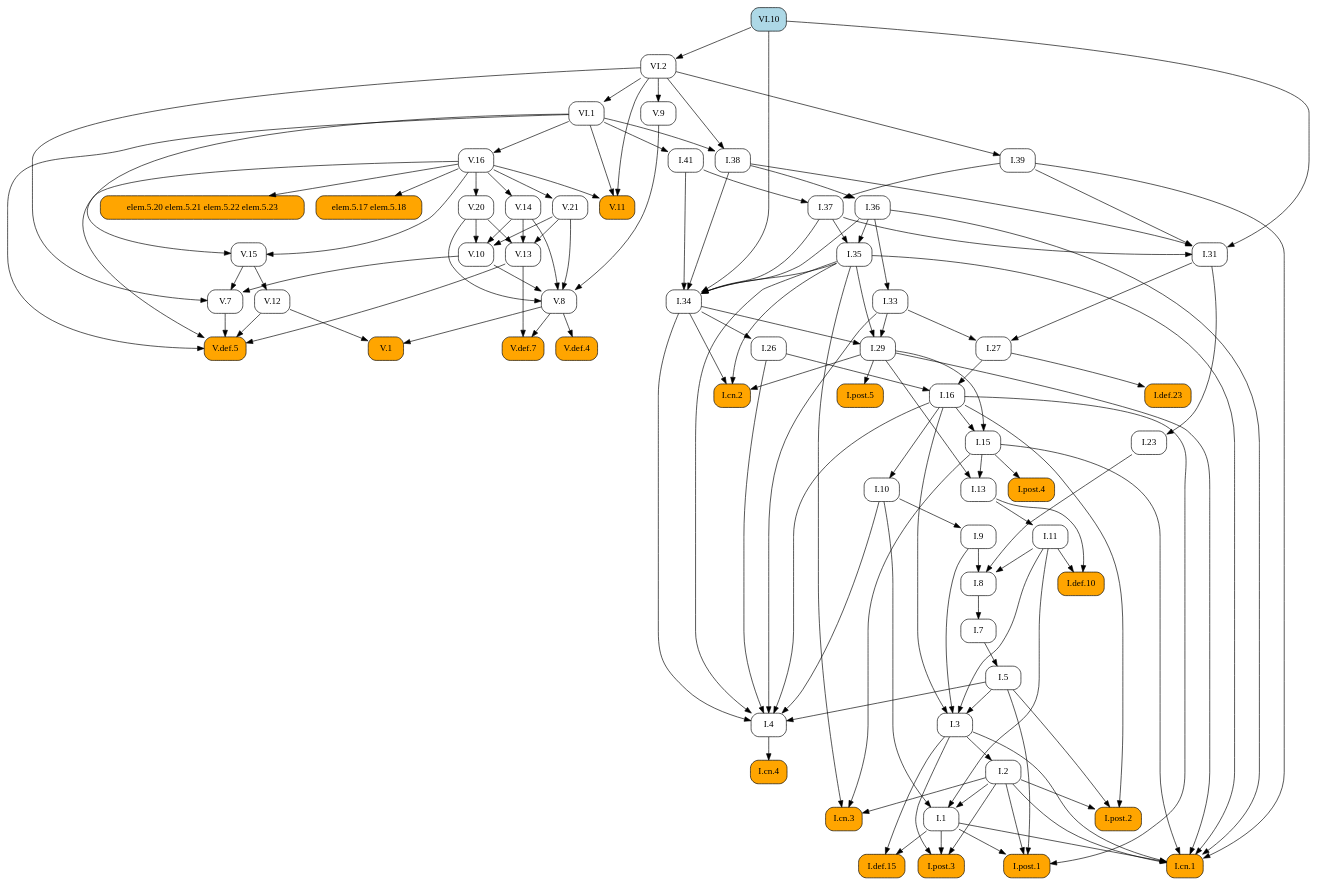
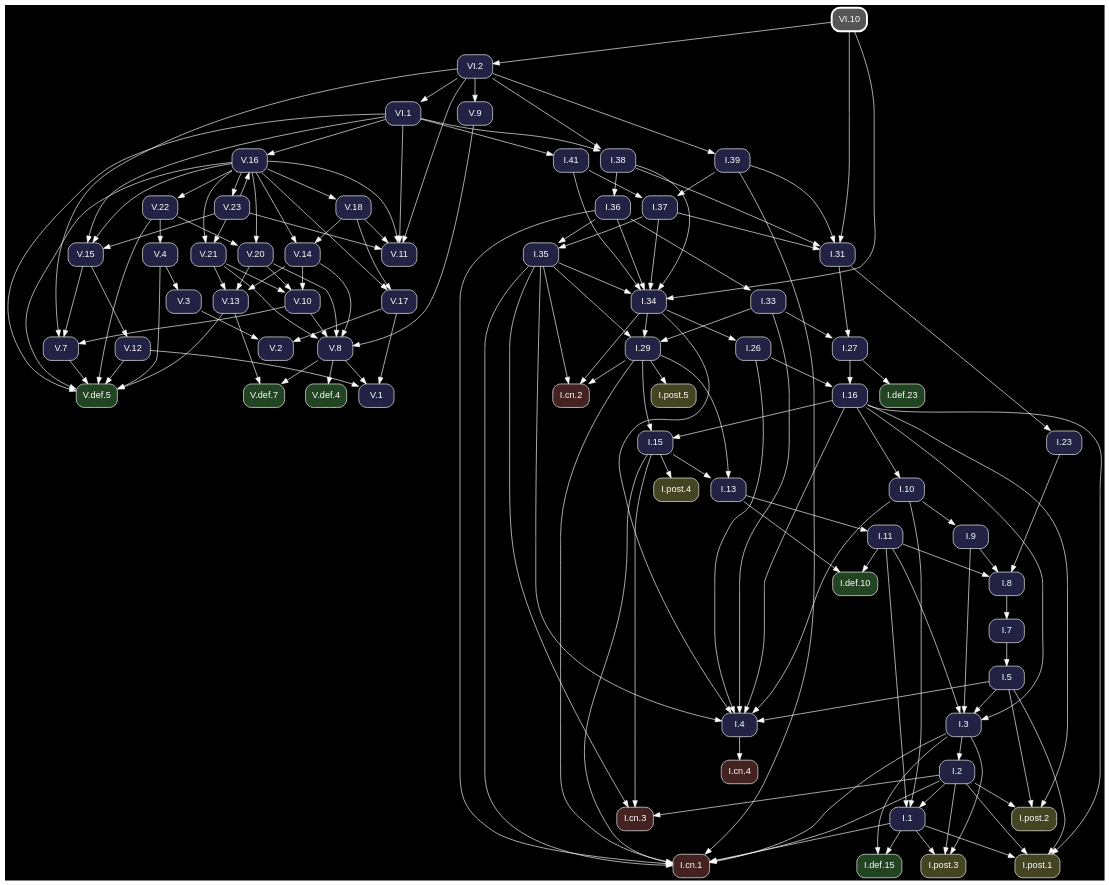
The diagram in docsrc/heath/VI/10/index.rst (geometor/elements), drawn with Graphviz before and after one commit. The commit also changed other lines of this file and 1200 other files, not shown here.

Commit message:
update dependency graphs

```diff
--- a/docsrc/heath/VI/10/index.rst
+++ b/docsrc/heath/VI/10/index.rst
@@ -43,125 +43,94 @@
 .. graphviz::
 
    digraph {
+     bgcolor="black";
+     node [shape=box, style="rounded,filled", fontname="Helvetica", color="white", fontcolor="white"];
+     edge [color="white", fontcolor="white"];
      rankdir="TB";
-     node [shape=box, style=rounded];
-     "V.16" [URL="/heath/V/16/", target="_top"];
-     "I.23" [URL="/heath/I/23/", target="_top"];
-     "I.9" [URL="/heath/I/9/", target="_top"];
-     "I.33" [URL="/heath/I/33/", target="_top"];
-     "I.def.15" [style="rounded,filled", fillcolor=orange, URL="/heath/I/def.15/", target="_top"];
-     "V.13" [URL="/heath/V/13/", target="_top"];
-     "V.7" [URL="/heath/V/7/", target="_top"];
-     "elem.5.17 elem.5.18" [style="rounded,filled", fillcolor=orange];
-     "I.post.3" [style="rounded,filled", fillcolor=orange, URL="/heath/I/post.3/", target="_top"];
-     "I.post.1" [style="rounded,filled", fillcolor=orange, URL="/heath/I/post.1/", target="_top"];
-     "V.14" [URL="/heath/V/14/", target="_top"];
-     "V.def.5" [style="rounded,filled", fillcolor=orange, URL="/heath/V/def.5/", target="_top"];
-     "V.9" [URL="/heath/V/9/", target="_top"];
-     "I.31" [URL="/heath/I/31/", target="_top"];
-     "I.def.10" [style="rounded,filled", fillcolor=orange, URL="/heath/I/def.10/", target="_top"];
-     "V.10" [URL="/heath/V/10/", target="_top"];
-     "VI.1" [URL="/heath/VI/1/", target="_top"];
-     "I.27" [URL="/heath/I/27/", target="_top"];
-     "I.39" [URL="/heath/I/39/", target="_top"];
-     "V.20" [URL="/heath/V/20/", target="_top"];
-     "V.11" [style="rounded,filled", fillcolor=orange, URL="/heath/V/11/", target="_top"];
-     "I.34" [URL="/heath/I/34/", target="_top"];
-     "V.12" [URL="/heath/V/12/", target="_top"];
-     "I.3" [URL="/heath/I/3/", target="_top"];
-     "V.def.4" [style="rounded,filled", fillcolor=orange, URL="/heath/V/def.4/", target="_top"];
-     "I.35" [URL="/heath/I/35/", target="_top"];
-     "I.cn.1" [style="rounded,filled", fillcolor=orange, URL="/heath/I/cn.1/", target="_top"];
-     "I.7" [URL="/heath/I/7/", target="_top"];
-     "V.def.7" [style="rounded,filled", fillcolor=orange, URL="/heath/V/def.7/", target="_top"];
-     "V.21" [URL="/heath/V/21/", target="_top"];
-     "I.2" [URL="/heath/I/2/", target="_top"];
-     "VI.10" [style="rounded,filled", fillcolor=lightblue, URL="/heath/VI/10/", target="_top"];
-     "I.36" [URL="/heath/I/36/", target="_top"];
-     "I.13" [URL="/heath/I/13/", target="_top"];
-     "I.post.4" [style="rounded,filled", fillcolor=orange, URL="/heath/I/post.4/", target="_top"];
-     "I.4" [URL="/heath/I/4/", target="_top"];
-     "I.1" [URL="/heath/I/1/", target="_top"];
-     "I.5" [URL="/heath/I/5/", target="_top"];
-     "I.8" [URL="/heath/I/8/", target="_top"];
-     "I.37" [URL="/heath/I/37/", target="_top"];
-     "I.29" [URL="/heath/I/29/", target="_top"];
-     "I.cn.3" [style="rounded,filled", fillcolor=orange, URL="/heath/I/cn.3/", target="_top"];
-     "I.16" [URL="/heath/I/16/", target="_top"];
-     "I.38" [URL="/heath/I/38/", target="_top"];
-     "V.8" [URL="/heath/V/8/", target="_top"];
-     "I.15" [URL="/heath/I/15/", target="_top"];
-     "I.10" [URL="/heath/I/10/", target="_top"];
-     "I.11" [URL="/heath/I/11/", target="_top"];
-     "I.def.23" [style="rounded,filled", fillcolor=orange, URL="/heath/I/def.23/", target="_top"];
-     "V.1" [style="rounded,filled", fillcolor=orange, URL="/heath/V/1/", target="_top"];
-     "I.cn.2" [style="rounded,filled", fillcolor=orange, URL="/heath/I/cn.2/", target="_top"];
-     "I.post.5" [style="rounded,filled", fillcolor=orange, URL="/heath/I/post.5/", target="_top"];
-     "VI.2" [URL="/heath/VI/2/", target="_top"];
-     "I.cn.4" [style="rounded,filled", fillcolor=orange, URL="/heath/I/cn.4/", target="_top"];
-     "I.41" [URL="/heath/I/41/", target="_top"];
-     "V.15" [URL="/heath/V/15/", target="_top"];
-     "I.post.2" [style="rounded,filled", fillcolor=orange, URL="/heath/I/post.2/", target="_top"];
-     "I.26" [URL="/heath/I/26/", target="_top"];
-     "elem.5.20 elem.5.21 elem.5.22 elem.5.23" [style="rounded,filled", fillcolor=orange];
-     "VI.1" -> "V.16";
-     "I.31" -> "I.23";
-     "I.10" -> "I.9";
-     "I.36" -> "I.33";
-     "I.1" -> "I.def.15";
-     "I.3" -> "I.def.15";
-     "V.14" -> "V.13";
-     "V.20" -> "V.13";
-     "V.21" -> "V.13";
-     "V.10" -> "V.7";
-     "V.15" -> "V.7";
-     "VI.2" -> "V.7";
-     "V.16" -> "elem.5.17 elem.5.18";
-     "I.1" -> "I.post.3";
-     "I.2" -> "I.post.3";
-     "I.3" -> "I.post.3";
-     "I.1" -> "I.post.1";
-     "I.2" -> "I.post.1";
-     "I.5" -> "I.post.1";
-     "I.16" -> "I.post.1";
-     "V.16" -> "V.14";
+     "V.15" [fillcolor="#222244", URL="/heath/V/15/", target="_top"];
+     "V.def.5" [fillcolor="#224422", URL="/heath/V/def.5/", target="_top"];
+     "V.22" [fillcolor="#222244", URL="/heath/V/22/", target="_top"];
+     "I.31" [fillcolor="#222244", URL="/heath/I/31/", target="_top"];
+     "I.3" [fillcolor="#222244", URL="/heath/I/3/", target="_top"];
+     "V.12" [fillcolor="#222244", URL="/heath/V/12/", target="_top"];
+     "I.cn.1" [fillcolor="#442222", URL="/heath/I/cn.1/", target="_top"];
+     "I.def.10" [fillcolor="#224422", URL="/heath/I/def.10/", target="_top"];
+     "I.15" [fillcolor="#222244", URL="/heath/I/15/", target="_top"];
+     "V.14" [fillcolor="#222244", URL="/heath/V/14/", target="_top"];
+     "V.18" [fillcolor="#222244", URL="/heath/V/18/", target="_top"];
+     "I.39" [fillcolor="#222244", URL="/heath/I/39/", target="_top"];
+     "I.13" [fillcolor="#222244", URL="/heath/I/13/", target="_top"];
+     "I.27" [fillcolor="#222244", URL="/heath/I/27/", target="_top"];
+     "V.23" [fillcolor="#222244", URL="/heath/V/23/", target="_top"];
+     "I.2" [fillcolor="#222244", URL="/heath/I/2/", target="_top"];
+     "I.41" [fillcolor="#222244", URL="/heath/I/41/", target="_top"];
+     "I.cn.2" [fillcolor="#442222", URL="/heath/I/cn.2/", target="_top"];
+     "I.9" [fillcolor="#222244", URL="/heath/I/9/", target="_top"];
+     "I.1" [fillcolor="#222244", URL="/heath/I/1/", target="_top"];
+     "I.post.5" [fillcolor="#444422", URL="/heath/I/post.5/", target="_top"];
+     "I.post.4" [fillcolor="#444422", URL="/heath/I/post.4/", target="_top"];
+     "I.23" [fillcolor="#222244", URL="/heath/I/23/", target="_top"];
+     "I.26" [fillcolor="#222244", URL="/heath/I/26/", target="_top"];
+     "I.8" [fillcolor="#222244", URL="/heath/I/8/", target="_top"];
+     "I.4" [fillcolor="#222244", URL="/heath/I/4/", target="_top"];
+     "V.4" [fillcolor="#222244", URL="/heath/V/4/", target="_top"];
+     "V.16" [fillcolor="#222244", URL="/heath/V/16/", target="_top"];
+     "VI.2" [fillcolor="#222244", URL="/heath/VI/2/", target="_top"];
+     "I.7" [fillcolor="#222244", URL="/heath/I/7/", target="_top"];
+     "V.7" [fillcolor="#222244", URL="/heath/V/7/", target="_top"];
+     "I.5" [fillcolor="#222244", URL="/heath/I/5/", target="_top"];
+     "V.9" [fillcolor="#222244", URL="/heath/V/9/", target="_top"];
+     "VI.1" [fillcolor="#222244", URL="/heath/VI/1/", target="_top"];
+     "I.10" [fillcolor="#222244", URL="/heath/I/10/", target="_top"];
+     "V.11" [fillcolor="#222244", URL="/heath/V/11/", target="_top"];
+     "V.def.7" [fillcolor="#224422", URL="/heath/V/def.7/", target="_top"];
+     "I.post.1" [fillcolor="#444422", URL="/heath/I/post.1/", target="_top"];
+     "V.def.4" [fillcolor="#224422", URL="/heath/V/def.4/", target="_top"];
+     "V.20" [fillcolor="#222244", URL="/heath/V/20/", target="_top"];
+     "I.11" [fillcolor="#222244", URL="/heath/I/11/", target="_top"];
+     "I.16" [fillcolor="#222244", URL="/heath/I/16/", target="_top"];
+     "I.37" [fillcolor="#222244", URL="/heath/I/37/", target="_top"];
+     "I.cn.3" [fillcolor="#442222", URL="/heath/I/cn.3/", target="_top"];
+     "I.36" [fillcolor="#222244", URL="/heath/I/36/", target="_top"];
+     "I.38" [fillcolor="#222244", URL="/heath/I/38/", target="_top"];
+     "I.29" [fillcolor="#222244", URL="/heath/I/29/", target="_top"];
+     "I.post.2" [fillcolor="#444422", URL="/heath/I/post.2/", target="_top"];
+     "I.cn.4" [fillcolor="#442222", URL="/heath/I/cn.4/", target="_top"];
+     "I.def.23" [fillcolor="#224422", URL="/heath/I/def.23/", target="_top"];
+     "V.2" [fillcolor="#222244", URL="/heath/V/2/", target="_top"];
+     "I.35" [fillcolor="#222244", URL="/heath/I/35/", target="_top"];
+     "V.1" [fillcolor="#222244", URL="/heath/V/1/", target="_top"];
+     "I.post.3" [fillcolor="#444422", URL="/heath/I/post.3/", target="_top"];
+     "V.13" [fillcolor="#222244", URL="/heath/V/13/", target="_top"];
+     "V.8" [fillcolor="#222244", URL="/heath/V/8/", target="_top"];
+     "I.33" [fillcolor="#222244", URL="/heath/I/33/", target="_top"];
+     "V.21" [fillcolor="#222244", URL="/heath/V/21/", target="_top"];
+     "I.34" [fillcolor="#222244", URL="/heath/I/34/", target="_top"];
+     "VI.10" [penwidth=3, color="white", fillcolor="#555555", URL="/heath/VI/10/", target="_top"];
+     "I.def.15" [fillcolor="#224422", URL="/heath/I/def.15/", target="_top"];
+     "V.3" [fillcolor="#222244", URL="/heath/V/3/", target="_top"];
+     "V.17" [fillcolor="#222244", URL="/heath/V/17/", target="_top"];
+     "V.10" [fillcolor="#222244", URL="/heath/V/10/", target="_top"];
+     "V.16" -> "V.15";
+     "V.23" -> "V.15";
+     "VI.1" -> "V.15";
+     "V.4" -> "V.def.5";
      "V.7" -> "V.def.5";
      "V.12" -> "V.def.5";
      "V.13" -> "V.def.5";
      "V.16" -> "V.def.5";
+     "V.22" -> "V.def.5";
      "VI.1" -> "V.def.5";
-     "VI.2" -> "V.9";
+     "V.16" -> "V.22";
      "I.37" -> "I.31";
      "I.38" -> "I.31";
      "I.39" -> "I.31";
      "VI.10" -> "I.31";
-     "I.11" -> "I.def.10";
-     "I.13" -> "I.def.10";
-     "V.14" -> "V.10";
-     "V.20" -> "V.10";
-     "V.21" -> "V.10";
-     "VI.2" -> "VI.1";
-     "I.31" -> "I.27";
-     "I.33" -> "I.27";
-     "VI.2" -> "I.39";
-     "V.16" -> "V.20";
-     "V.16" -> "V.11";
-     "VI.1" -> "V.11";
-     "VI.2" -> "V.11";
-     "I.35" -> "I.34";
-     "I.36" -> "I.34";
-     "I.37" -> "I.34";
-     "I.38" -> "I.34";
-     "I.41" -> "I.34";
-     "VI.10" -> "I.34";
-     "V.15" -> "V.12";
      "I.5" -> "I.3";
      "I.9" -> "I.3";
      "I.11" -> "I.3";
      "I.16" -> "I.3";
-     "V.8" -> "V.def.4";
-     "I.36" -> "I.35";
-     "I.37" -> "I.35";
+     "V.15" -> "V.12";
      "I.1" -> "I.cn.1";
      "I.2" -> "I.cn.1";
      "I.3" -> "I.cn.1";
@@ -170,15 +139,35 @@
      "I.35" -> "I.cn.1";
      "I.36" -> "I.cn.1";
      "I.39" -> "I.cn.1";
-     "I.8" -> "I.7";
-     "V.8" -> "V.def.7";
-     "V.13" -> "V.def.7";
-     "V.16" -> "V.21";
-     "I.3" -> "I.2";
-     "I.38" -> "I.36";
+     "I.11" -> "I.def.10";
+     "I.13" -> "I.def.10";
+     "I.16" -> "I.15";
+     "I.29" -> "I.15";
+     "V.16" -> "V.14";
+     "V.18" -> "V.14";
+     "V.16" -> "V.18";
+     "VI.2" -> "I.39";
      "I.15" -> "I.13";
      "I.29" -> "I.13";
+     "I.31" -> "I.27";
+     "I.33" -> "I.27";
+     "V.16" -> "V.23";
+     "I.3" -> "I.2";
+     "VI.1" -> "I.41";
+     "I.29" -> "I.cn.2";
+     "I.34" -> "I.cn.2";
+     "I.35" -> "I.cn.2";
+     "I.10" -> "I.9";
+     "I.2" -> "I.1";
+     "I.10" -> "I.1";
+     "I.11" -> "I.1";
+     "I.29" -> "I.post.5";
      "I.15" -> "I.post.4";
+     "I.31" -> "I.23";
+     "I.34" -> "I.26";
+     "I.9" -> "I.8";
+     "I.11" -> "I.8";
+     "I.23" -> "I.8";
      "I.5" -> "I.4";
      "I.10" -> "I.4";
      "I.16" -> "I.4";
@@ -186,49 +175,84 @@
      "I.33" -> "I.4";
      "I.34" -> "I.4";
      "I.35" -> "I.4";
-     "I.2" -> "I.1";
-     "I.10" -> "I.1";
-     "I.11" -> "I.1";
+     "V.22" -> "V.4";
+     "V.23" -> "V.16";
+     "VI.1" -> "V.16";
+     "VI.10" -> "VI.2";
+     "I.8" -> "I.7";
+     "V.10" -> "V.7";
+     "V.15" -> "V.7";
+     "VI.2" -> "V.7";
      "I.7" -> "I.5";
-     "I.9" -> "I.8";
-     "I.11" -> "I.8";
-     "I.23" -> "I.8";
+     "VI.2" -> "V.9";
+     "VI.2" -> "VI.1";
+     "I.16" -> "I.10";
+     "V.16" -> "V.11";
+     "V.18" -> "V.11";
+     "V.23" -> "V.11";
+     "VI.1" -> "V.11";
+     "VI.2" -> "V.11";
+     "V.8" -> "V.def.7";
+     "V.13" -> "V.def.7";
+     "I.1" -> "I.post.1";
+     "I.2" -> "I.post.1";
+     "I.5" -> "I.post.1";
+     "I.16" -> "I.post.1";
+     "V.8" -> "V.def.4";
+     "V.16" -> "V.20";
+     "V.22" -> "V.20";
+     "I.13" -> "I.11";
+     "I.26" -> "I.16";
+     "I.27" -> "I.16";
      "I.39" -> "I.37";
      "I.41" -> "I.37";
+     "I.2" -> "I.cn.3";
+     "I.15" -> "I.cn.3";
+     "I.35" -> "I.cn.3";
+     "I.38" -> "I.36";
+     "VI.1" -> "I.38";
+     "VI.2" -> "I.38";
      "I.33" -> "I.29";
      "I.34" -> "I.29";
      "I.35" -> "I.29";
-     "I.2" -> "I.cn.3";
-     "I.15" -> "I.cn.3";
-     "I.35" -> "I.cn.3";
-     "I.26" -> "I.16";
-     "I.27" -> "I.16";
-     "VI.1" -> "I.38";
-     "VI.2" -> "I.38";
+     "I.2" -> "I.post.2";
+     "I.5" -> "I.post.2";
+     "I.16" -> "I.post.2";
+     "I.4" -> "I.cn.4";
+     "I.27" -> "I.def.23";
+     "V.3" -> "V.2";
+     "V.17" -> "V.2";
+     "I.36" -> "I.35";
+     "I.37" -> "I.35";
+     "V.8" -> "V.1";
+     "V.12" -> "V.1";
+     "V.17" -> "V.1";
+     "I.1" -> "I.post.3";
+     "I.2" -> "I.post.3";
+     "I.3" -> "I.post.3";
+     "V.14" -> "V.13";
+     "V.20" -> "V.13";
+     "V.21" -> "V.13";
      "V.9" -> "V.8";
      "V.10" -> "V.8";
      "V.14" -> "V.8";
      "V.20" -> "V.8";
      "V.21" -> "V.8";
-     "I.16" -> "I.15";
-     "I.29" -> "I.15";
-     "I.16" -> "I.10";
-     "I.13" -> "I.11";
-     "I.27" -> "I.def.23";
-     "V.8" -> "V.1";
-     "V.12" -> "V.1";
-     "I.29" -> "I.cn.2";
-     "I.34" -> "I.cn.2";
-     "I.35" -> "I.cn.2";
-     "I.29" -> "I.post.5";
-     "VI.10" -> "VI.2";
-     "I.4" -> "I.cn.4";
-     "VI.1" -> "I.41";
-     "V.16" -> "V.15";
-     "VI.1" -> "V.15";
-     "I.2" -> "I.post.2";
-     "I.5" -> "I.post.2";
-     "I.16" -> "I.post.2";
-     "I.34" -> "I.26";
-     "V.16" -> "elem.5.20 elem.5.21 elem.5.22 elem.5.23";
+     "I.36" -> "I.33";
+     "V.16" -> "V.21";
+     "V.23" -> "V.21";
+     "I.35" -> "I.34";
+     "I.36" -> "I.34";
+     "I.37" -> "I.34";
+     "I.38" -> "I.34";
+     "I.41" -> "I.34";
+     "VI.10" -> "I.34";
+     "I.1" -> "I.def.15";
+     "I.3" -> "I.def.15";
+     "V.4" -> "V.3";
+     "V.16" -> "V.17";
+     "V.18" -> "V.17";
+     "V.14" -> "V.10";
+     "V.20" -> "V.10";
+     "V.21" -> "V.10";
    }
```
